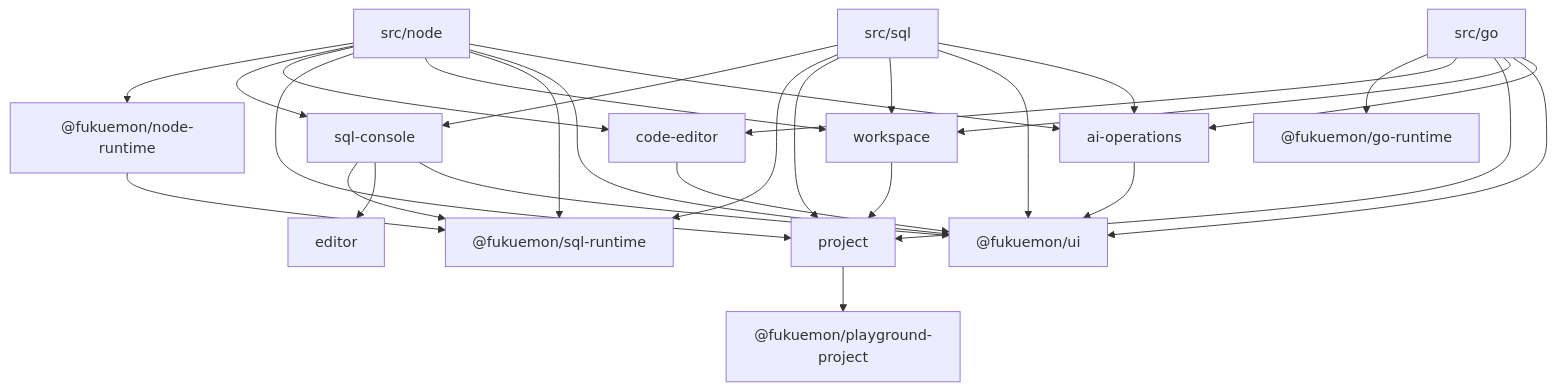
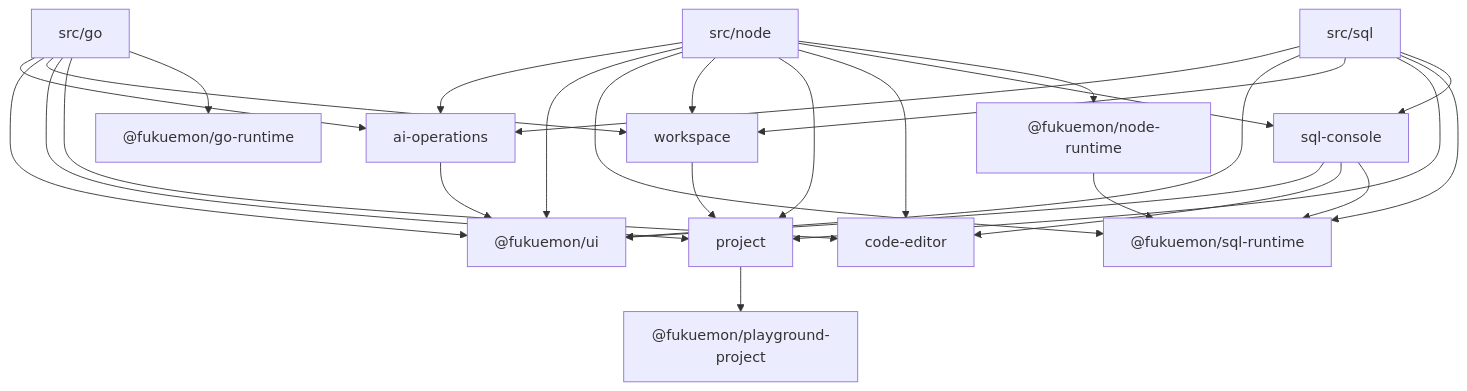
One commit to Fukuemon/fukuemon.dev changed the first of 3 diagrams in apps/playground/DesignDoc.md. Above: the diagram before and after it, drawn with Mermaid. The commit also changed other lines of this file, not shown here.

First line of the commit message:
docs(design): develop の取り込みでずれた code-editor の記述と import の向きを直す #95

````diff
--- a/apps/playground/DesignDoc.md
+++ b/apps/playground/DesignDoc.md
@@ -123,45 +123,44 @@
 ```mermaid
 flowchart TB
   node["src/node"]
   sql["src/sql"]
   go["src/go"]
   console["sql-console"]
   codeeditor["code-editor"]
   runtime["@fukuemon/node-runtime"]
   database["@fukuemon/sql-runtime"]
   runner["@fukuemon/go-runtime"]
   project["project"]
   workspace["workspace"]
   ui["@fukuemon/ui"]
   ai["ai-operations"]
   pp["@fukuemon/playground-project"]
 
   node --> runtime
   node --> console
   node --> codeeditor
   node --> project
   node --> workspace
   node --> database
   node --> ui
   node --> ai
   ai --> ui
   sql --> console
   sql --> database
   sql --> project
   sql --> workspace
   sql --> ui
   sql --> ai
   go --> runner
   go --> codeeditor
   go --> project
   go --> workspace
   go --> ui
   go --> ai
   console --> database
-  console --> editor
+  console --> codeeditor
   console --> ui
-  codeeditor --> ui
   runtime --> database
   workspace --> project
   project --> pp
 ```
````
